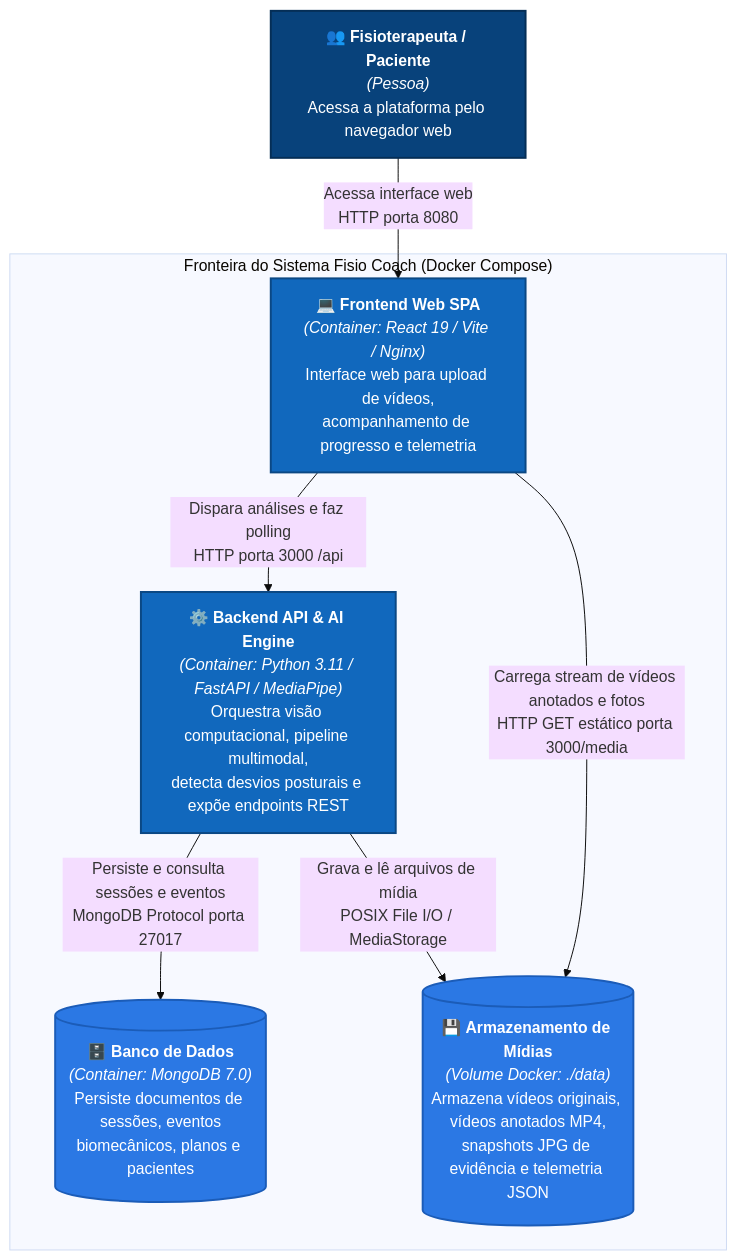
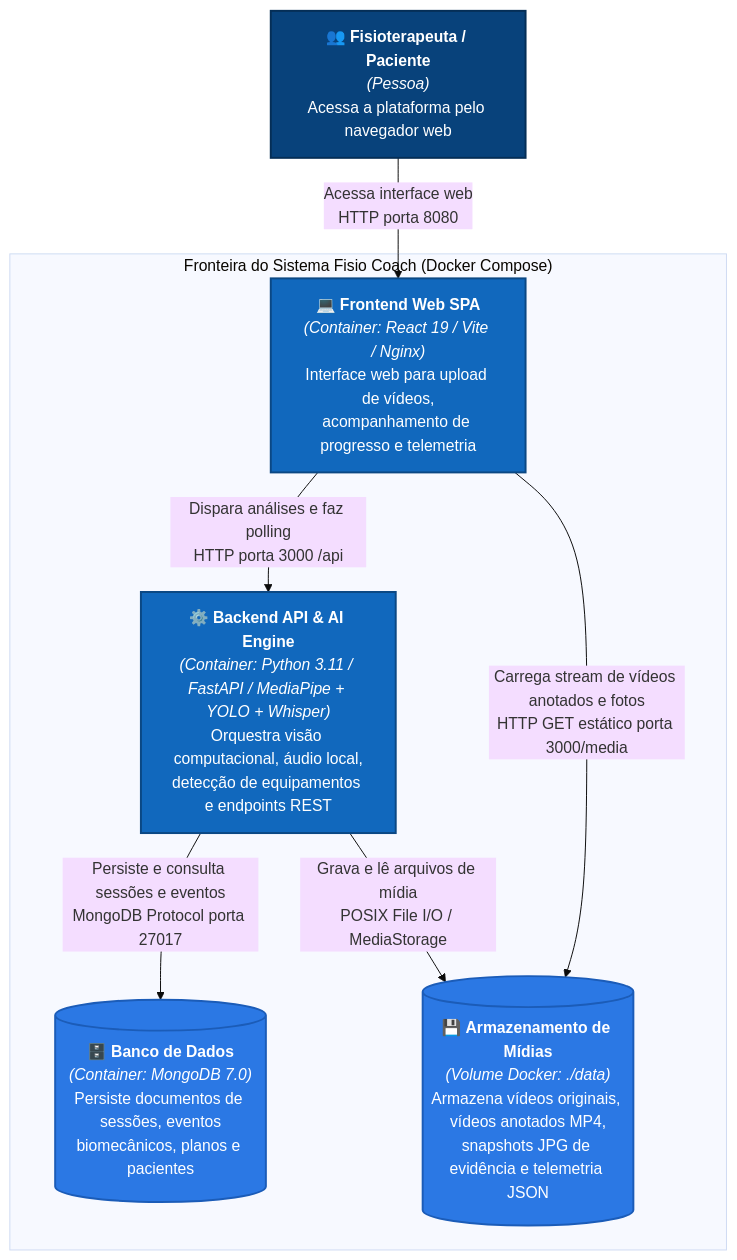
The second of 5 diagrams in docs/arquitetura/arquitetura-do-sistema.md (vagner-nascimento/fiap-pos-ia-para-devs-fase4-tech-challenge), drawn with Mermaid (base theme) before and after one commit. The commit also changed other lines of this file and 9 other files, not shown here.

````diff
--- a/docs/arquitetura/arquitetura-do-sistema.md
+++ b/docs/arquitetura/arquitetura-do-sistema.md
@@ -63,28 +62,28 @@
 ```mermaid
 flowchart TB
     usuario["👥 <b>Fisioterapeuta / Paciente</b><br/><i>(Pessoa)</i><br/>Acessa a plataforma pelo navegador web"]
 
     subgraph BoundaryFisioCoach [" Fronteira do Sistema Fisio Coach (Docker Compose) "]
         frontend["💻 <b>Frontend Web SPA</b><br/><i>(Container: React 19 / Vite / Nginx)</i><br/>Interface web para upload de vídeos,<br/>acompanhamento de progresso e telemetria"]
 
-        backend["⚙️ <b>Backend API & AI Engine</b><br/><i>(Container: Python 3.11 / FastAPI / MediaPipe)</i><br/>Orquestra visão computacional, pipeline multimodal,<br/>detecta desvios posturais e expõe endpoints REST"]
+        backend["⚙️ <b>Backend API & AI Engine</b><br/><i>(Container: Python 3.11 / FastAPI / MediaPipe + YOLO + Whisper)</i><br/>Orquestra visão computacional, áudio local,<br/>detecção de equipamentos e endpoints REST"]
 
         mongodb[("🗄️ <b>Banco de Dados</b><br/><i>(Container: MongoDB 7.0)</i><br/>Persiste documentos de sessões, eventos<br/>biomecânicos, planos e pacientes")]
 
         storage[("💾 <b>Armazenamento de Mídias</b><br/><i>(Volume Docker: ./data)</i><br/>Armazena vídeos originais, vídeos anotados MP4,<br/>snapshots JPG de evidência e telemetria JSON")]
     end
 
     usuario -->|Acessa interface web<br/>HTTP porta 8080| frontend
     frontend -->|Dispara análises e faz polling<br/>HTTP porta 3000 /api| backend
     backend -->|Persiste e consulta sessões e eventos<br/>MongoDB Protocol porta 27017| mongodb
     backend -->|Grava e lê arquivos de mídia<br/>POSIX File I/O / MediaStorage| storage
     frontend -->|Carrega stream de vídeos anotados e fotos<br/>HTTP GET estático porta 3000/media| storage
 
     classDef person fill:#08427b,stroke:#052e56,color:#ffffff,stroke-width:2px;
     classDef container fill:#1168bd,stroke:#0b4884,color:#ffffff,stroke-width:2px;
     classDef database fill:#2b78e4,stroke:#1b5cb8,color:#ffffff,stroke-width:2px;
 
     class usuario person;
     class frontend,backend container;
     class mongodb,storage database;
 ```
````
